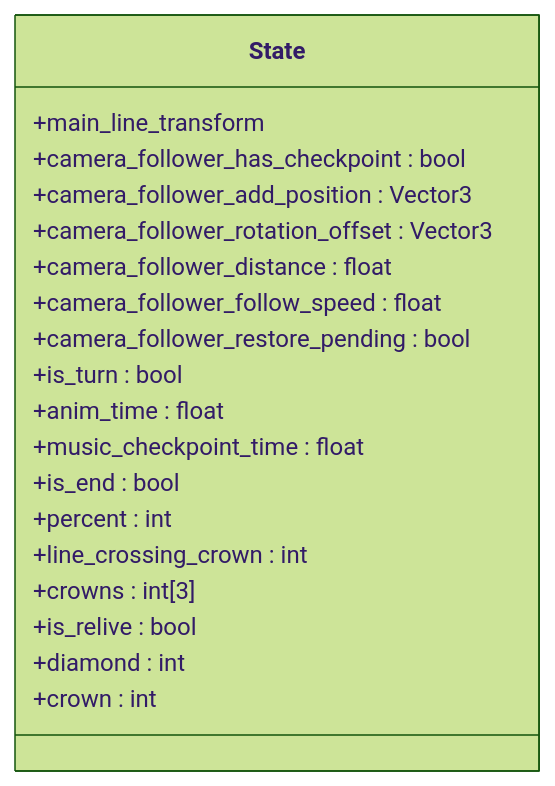
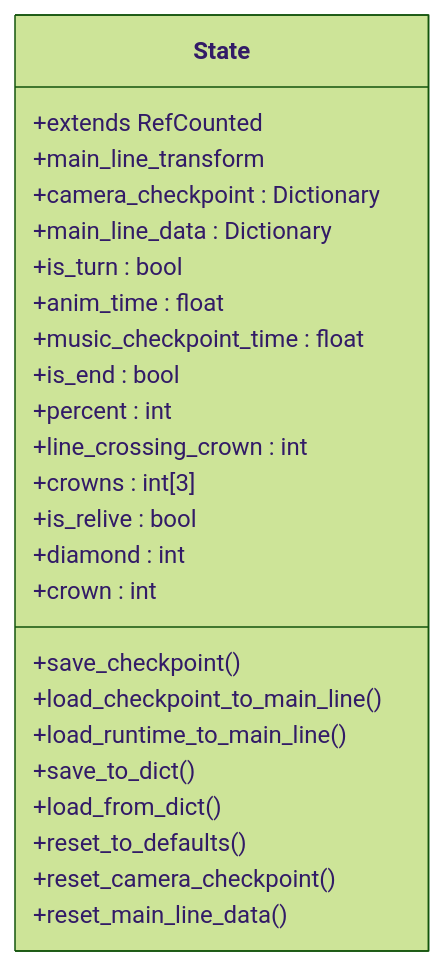
One commit to godotline/godot-line changed the third of 11 diagrams in .qoder/repowiki/zh/content/核心架构设计/设计模式应用/状态管理模式.md. Above: the diagram before and after it, drawn with Mermaid (forest theme). The commit also changed other lines of this file and 687 other files, not shown here.

````diff
--- a/.qoder/repowiki/zh/content/核心架构设计/设计模式应用/状态管理模式.md
+++ b/.qoder/repowiki/zh/content/核心架构设计/设计模式应用/状态管理模式.md
@@ -144,22 +159,27 @@
 ```mermaid
 classDiagram
 class State {
++extends RefCounted
 +main_line_transform
-+camera_follower_has_checkpoint : bool
-+camera_follower_add_position : Vector3
-+camera_follower_rotation_offset : Vector3
-+camera_follower_distance : float
-+camera_follower_follow_speed : float
-+camera_follower_restore_pending : bool
++camera_checkpoint : Dictionary
++main_line_data : Dictionary
 +is_turn : bool
 +anim_time : float
 +music_checkpoint_time : float
 +is_end : bool
 +percent : int
 +line_crossing_crown : int
 +crowns : int[3]
 +is_relive : bool
 +diamond : int
 +crown : int
++save_checkpoint()
++load_checkpoint_to_main_line()
++load_runtime_to_main_line()
++save_to_dict()
++load_from_dict()
++reset_to_defaults()
++reset_camera_checkpoint()
++reset_main_line_data()
 }
 ```
````
